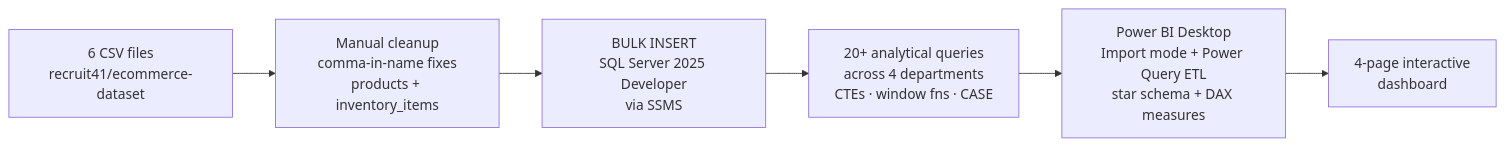
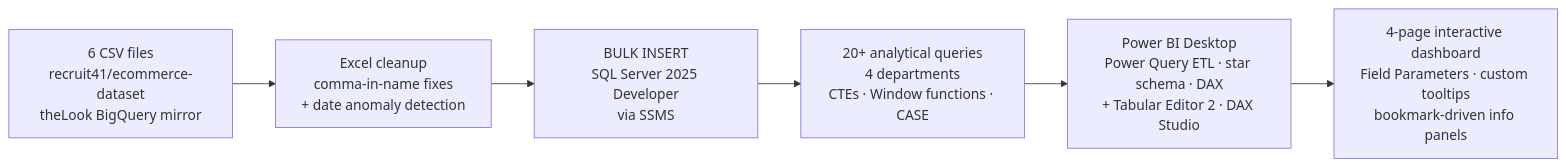
The first of 2 diagrams in README.md (marcelFRO/ecommerce-analytics), drawn with Mermaid before and after one commit.

Commit message:
mermaid update

````diff
--- a/README.md
+++ b/README.md
@@ -315,8 +315,8 @@
 ```mermaid
 flowchart LR
-    A[6 CSV files<br/>recruit41/ecommerce-dataset] --> B[Manual cleanup<br/>comma-in-name fixes<br/>products + inventory_items]
+    A[6 CSV files<br/>recruit41/ecommerce-dataset<br/>theLook BigQuery mirror] --> B[Excel cleanup<br/>comma-in-name fixes<br/>+ date anomaly detection]
     B --> C[BULK INSERT<br/>SQL Server 2025 Developer<br/>via SSMS]
-    C --> D[20+ analytical queries<br/>across 4 departments<br/>CTEs · window fns · CASE]
-    D --> E[Power BI Desktop<br/>Import mode + Power Query ETL<br/>star schema + DAX measures]
-    E --> F[4-page interactive<br/>dashboard]
+    C --> D[20+ analytical queries<br/>4 departments<br/>CTEs · Window functions · CASE]
+    D --> E[Power BI Desktop<br/>Power Query ETL · star schema · DAX<br/>+ Tabular Editor 2 · DAX Studio]
+    E --> F[4-page interactive dashboard<br/>Field Parameters · custom tooltips<br/>bookmark-driven info panels]
 ```
````
